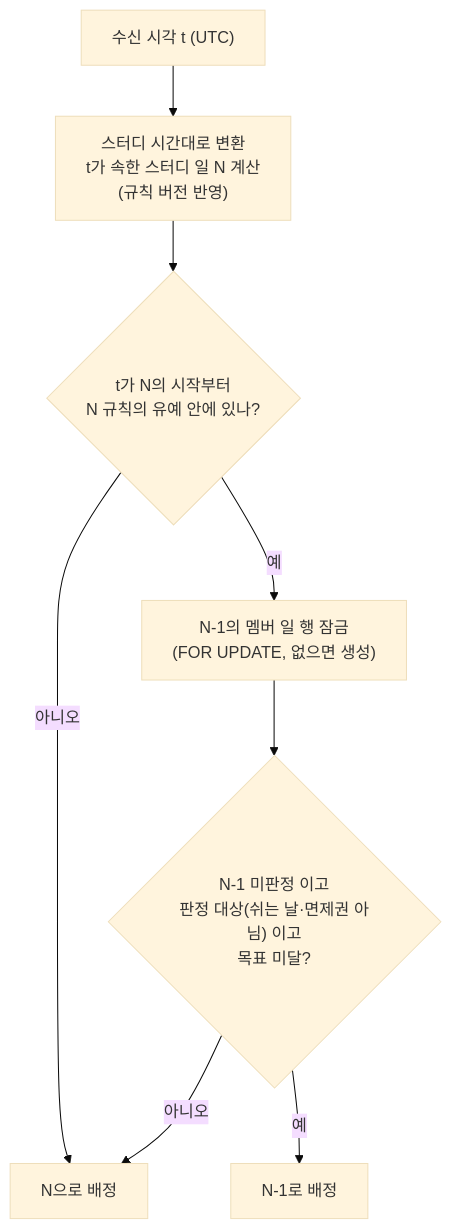
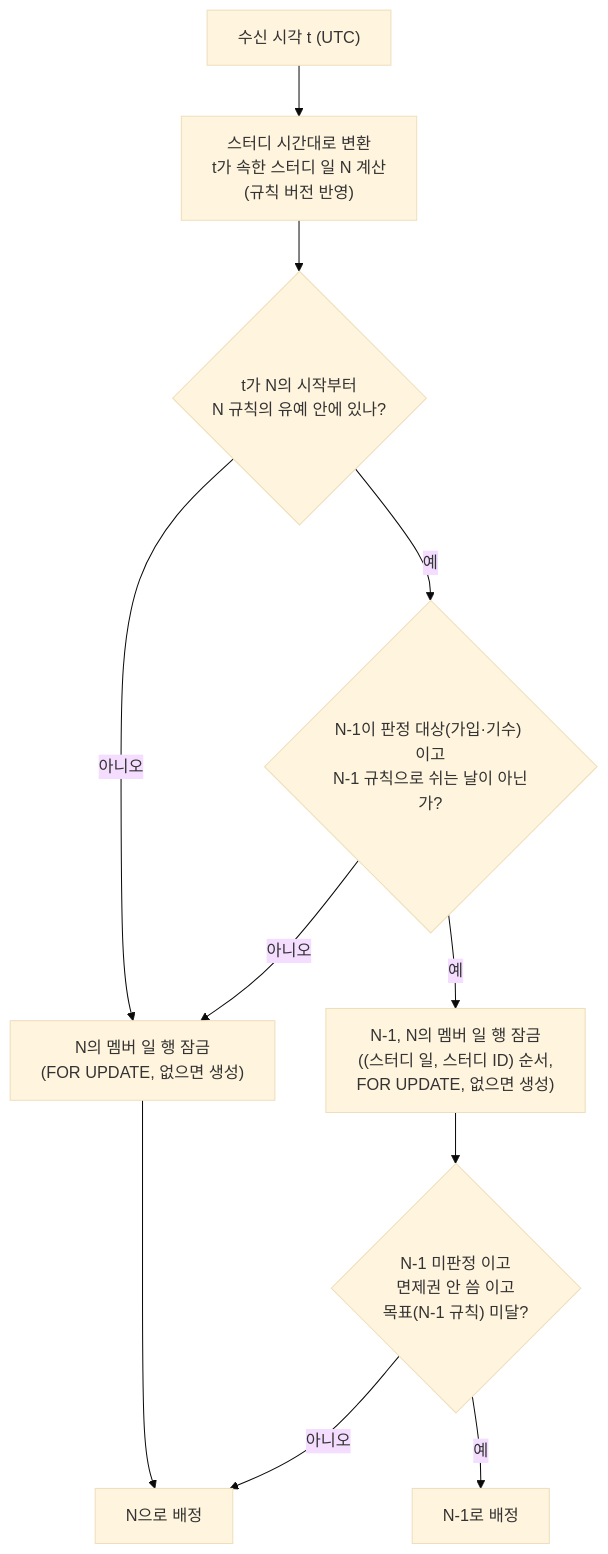
One commit to Duskafka/codingtest-harness changed the diagram in docs/spec/processes/5.05-study-day-assignment.md. Above: the diagram before and after it, drawn with Mermaid (base theme). The commit also changed other lines of this file and 8 other files, not shown here.

````diff
--- a/docs/spec/processes/5.05-study-day-assignment.md
+++ b/docs/spec/processes/5.05-study-day-assignment.md
@@ -5,10 +5,13 @@
 ```mermaid
 flowchart TD
     A["수신 시각 t (UTC)"] --> B["스터디 시간대로 변환<br/>t가 속한 스터디 일 N 계산<br/>(규칙 버전 반영)"]
     B --> C{"t가 N의 시작부터<br/>N 규칙의 유예 안에 있나?"}
-    C -->|" 아니오 "| Z["N으로 배정"]
-    C -->|" 예 "| D["N-1의 멤버 일 행 잠금<br/>(FOR UPDATE, 없으면 생성)"]
-    D --> E{"N-1 미판정 이고<br/>판정 대상(쉬는 날·면제권 아님) 이고<br/>목표 미달?"}
+    C -->|" 아니오 "| L["N의 멤버 일 행 잠금<br/>(FOR UPDATE, 없으면 생성)"]
+    C -->|" 예 "| P{"N-1이 판정 대상(가입·기수) 이고<br/>N-1 규칙으로 쉬는 날이 아닌가?"}
+    P -->|" 아니오 "| L
+    P -->|" 예 "| D["N-1, N의 멤버 일 행 잠금<br/>((스터디 일, 스터디 ID) 순서,<br/>FOR UPDATE, 없으면 생성)"]
+    L --> Z["N으로 배정"]
+    D --> E{"N-1 미판정 이고<br/>면제권 안 씀 이고<br/>목표(N-1 규칙) 미달?"}
     E -->|" 예 "| Y["N-1로 배정"]
     E -->|" 아니오 "| Z
 ```
````
